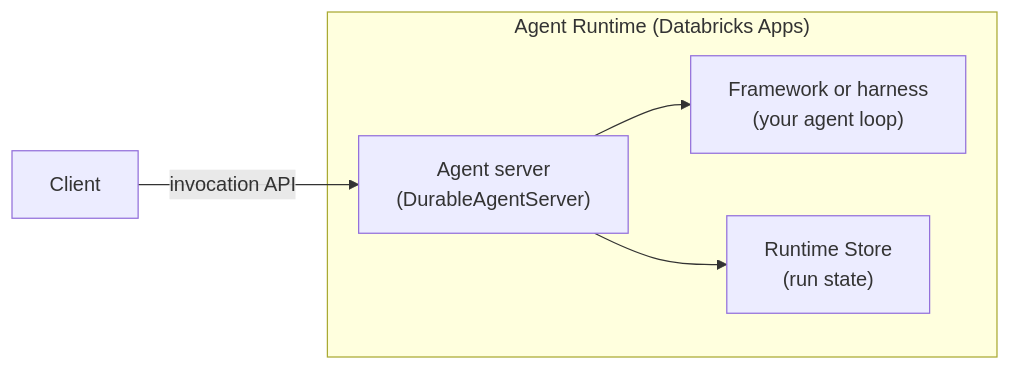
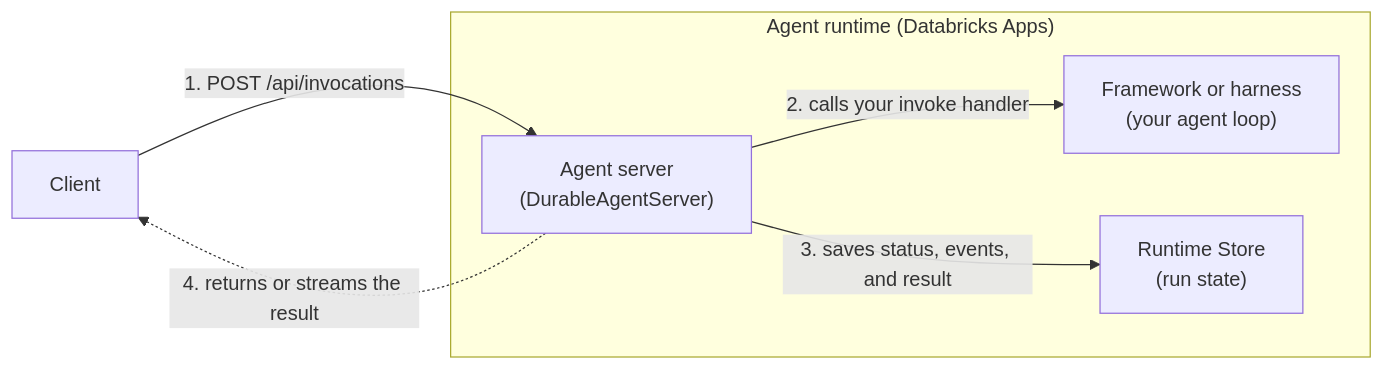
The diagram in src/content/docs/agents/runtime.md (databricks/devhub), drawn with Mermaid before and after one commit. The commit also changed other lines of this file and 7 other files, not shown here.

````diff
--- a/src/content/docs/agents/runtime.md
+++ b/src/content/docs/agents/runtime.md
@@ -21,8 +21,9 @@
 ```mermaid
 flowchart LR
-    Client["Client"] -->|"invocation API"| Server
-    subgraph Runtime["Agent Runtime (Databricks Apps)"]
-        Server["Agent server<br/>(DurableAgentServer)"] --> Loop["Framework or harness<br/>(your agent loop)"]
-        Server --> Store["Runtime Store<br/>(run state)"]
+    Client["Client"] -->|"1. POST /api/invocations"| Server
+    subgraph Runtime["Agent runtime (Databricks Apps)"]
+        Server["Agent server<br/>(DurableAgentServer)"] -->|"2. calls your invoke handler"| Loop["Framework or harness<br/>(your agent loop)"]
+        Server -->|"3. saves status, events, and result"| Store["Runtime Store<br/>(run state)"]
     end
+    Server -.->|"4. returns or streams the result"| Client
 ```
````
